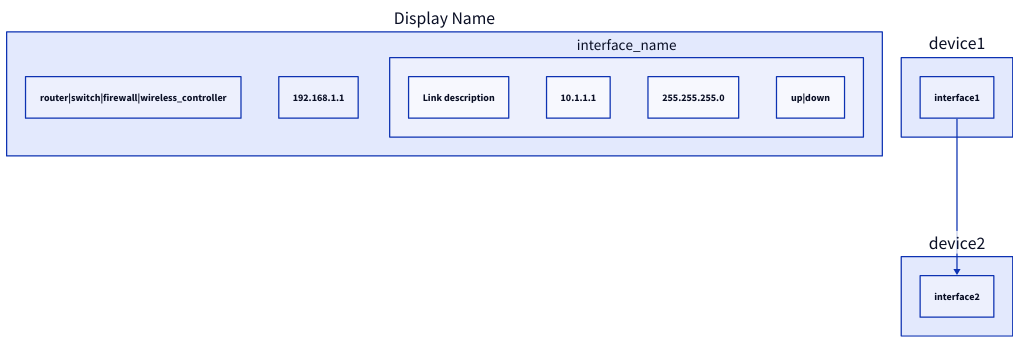
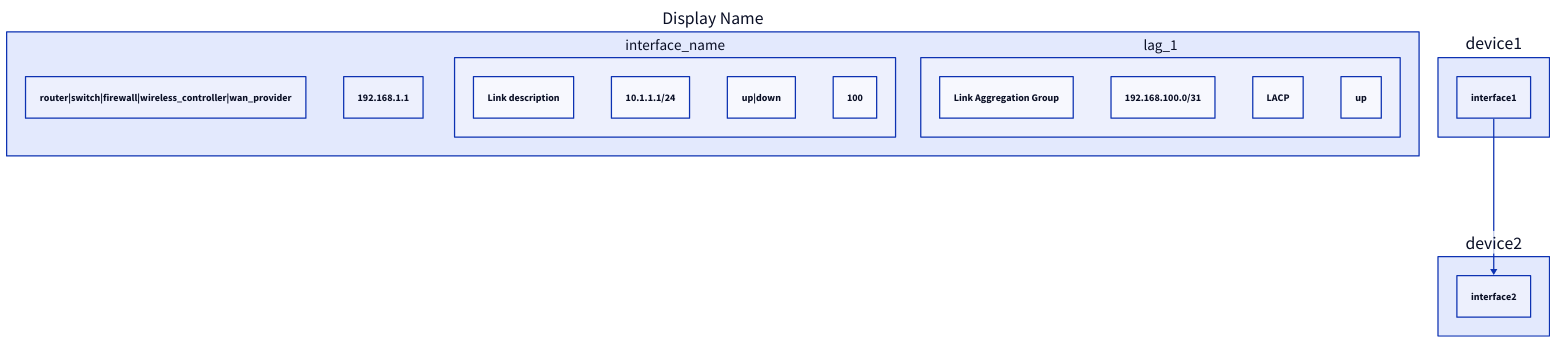
One commit to jtbwatson/network-topology-app changed the diagram in README.md. Above: the diagram before and after it, drawn with D2. The commit also changed other lines of this file and 1 other file, not shown here.

````diff
--- a/README.md
+++ b/README.md
@@ -85,17 +98,25 @@
 ```d2
 device_name: {
   label: "Display Name"
-  type: "router|switch|firewall|wireless_controller"
+  type: "router|switch|firewall|wireless_controller|wan_provider"
   mgmt_ip: "192.168.1.1"
   
   interface_name: {
     description: "Link description"
-    ip_address: "10.1.1.1"
-    subnet_mask: "255.255.255.0"
+    ip_address: "10.1.1.1/24"
     status: "up|down"
+    vlan: "100"
+  }
+  
+  # LAG interfaces supported
+  lag_1: {
+    description: "Link Aggregation Group"
+    ip_address: "192.168.100.0/31"
+    protocol: "LACP"
+    status: "up"
   }
 }
 
 # Connections
 device1.interface1 -> device2.interface2
 ```
````
